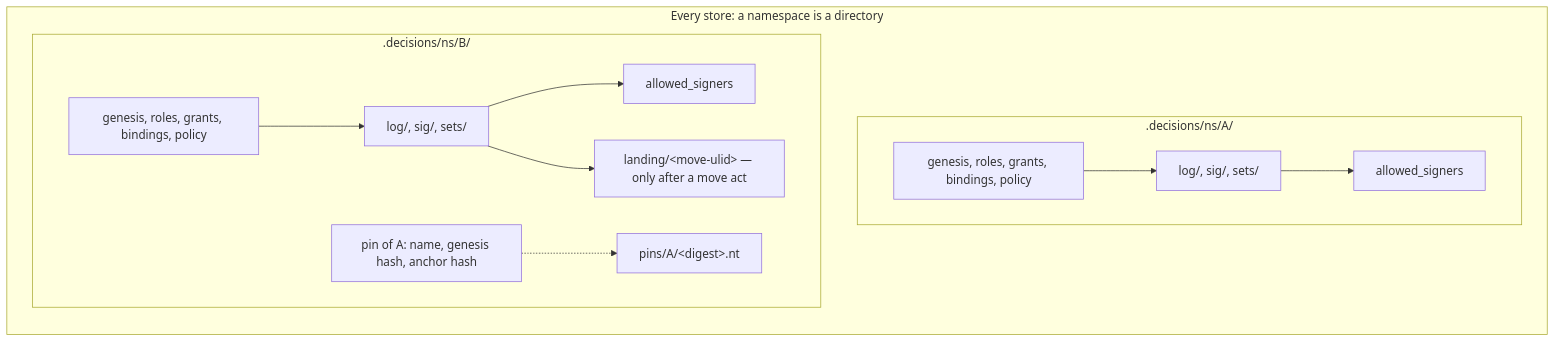
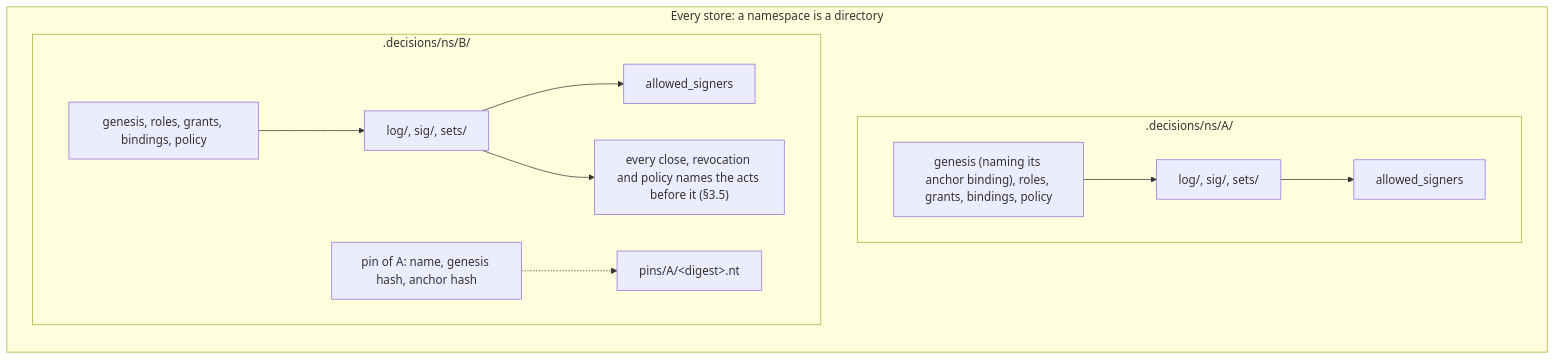
Before and after one commit to mindovermachine-dev/product-cli: the first of 2 diagrams in ledger/prd/namespace-independence-prd.md, drawn with Mermaid. The commit also changed other lines of this file and 1 other file, not shown here.

````diff
--- a/ledger/prd/namespace-independence-prd.md
+++ b/ledger/prd/namespace-independence-prd.md
@@ -298,16 +301,16 @@
 ```mermaid
 flowchart TB
   subgraph proposed["Every store: a namespace is a directory"]
     direction TB
     subgraph A[".decisions/ns/A/"]
-      GA["genesis, roles, grants, bindings, policy"] --> LAA["log/, sig/, sets/"]
+      GA["genesis (naming its anchor binding), roles, grants, bindings, policy"] --> LAA["log/, sig/, sets/"]
       LAA --> ASA["allowed_signers"]
     end
     subgraph B[".decisions/ns/B/"]
       GB["genesis, roles, grants, bindings, policy"] --> LBB["log/, sig/, sets/"]
       LBB --> ASB["allowed_signers"]
-      LBB --> LRB["landing/&lt;move-ulid&gt; — only after a move act"]
+      LBB --> AFT["every close, revocation and policy names the acts before it (§3.5)"]
       PIN["pin of A: name, genesis hash, anchor hash"] -.-> VEND["pins/A/&lt;digest&gt;.nt"]
     end
   end
 ```
````
